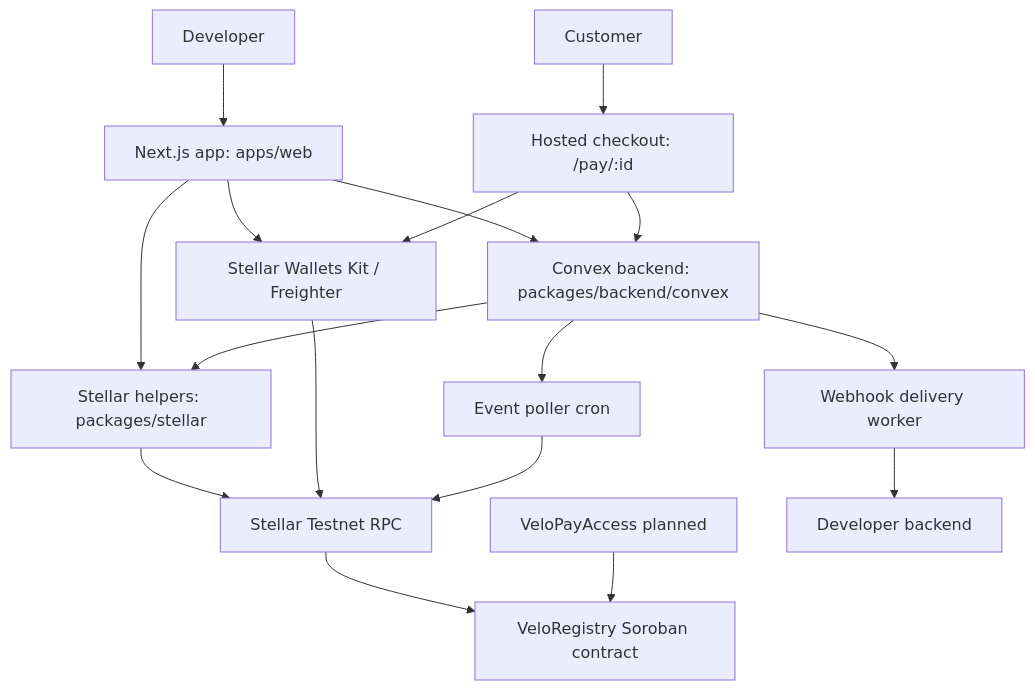
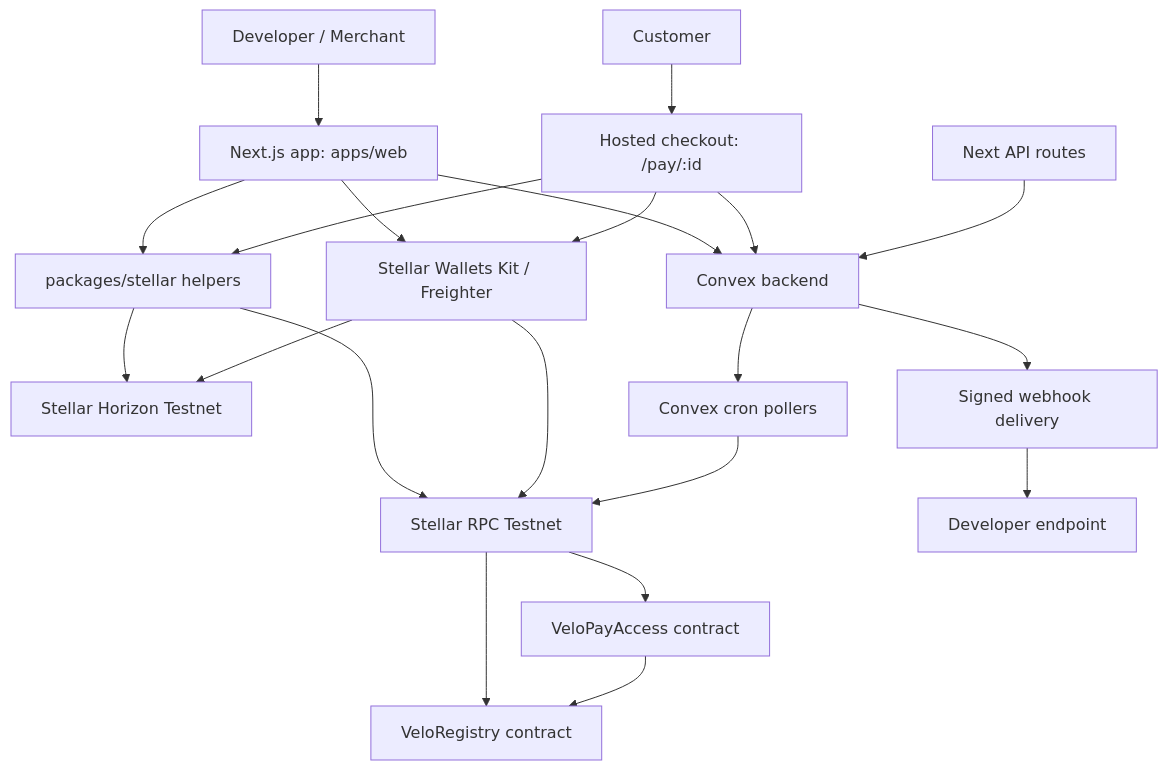
One commit to Carts1024/Velo changed the diagram in README.md. Above: the diagram before and after it, drawn with Mermaid. The commit also changed other lines of this file and 3 other files, not shown here.

Commit message:
📝 feat: implement production hardening for wallet authentication, API rate limiting, and webhook reliability while finalizing the Velo SDK roadmap.

````diff
--- a/README.md
+++ b/README.md
@@ -485,19 +95,23 @@
 ```mermaid
 flowchart TD
-  Developer[Developer] --> Web[Next.js app: apps/web]
+  Merchant[Developer / Merchant] --> Web[Next.js app: apps/web]
   Customer[Customer] --> Checkout[Hosted checkout: /pay/:id]
   Web --> Wallet[Stellar Wallets Kit / Freighter]
   Checkout --> Wallet
-  Web --> Convex[Convex backend: packages/backend/convex]
+  Web --> Convex[Convex backend]
   Checkout --> Convex
-  Web --> StellarPkg[Stellar helpers: packages/stellar]
-  Convex --> StellarPkg
-  StellarPkg --> RPC[Stellar Testnet RPC]
+  API[Next API routes] --> Convex
+  Web --> StellarPkg[packages/stellar helpers]
+  Checkout --> StellarPkg
+  StellarPkg --> Horizon[Stellar Horizon Testnet]
+  StellarPkg --> RPC[Stellar RPC Testnet]
+  Wallet --> Horizon
   Wallet --> RPC
-  RPC --> Registry[VeloRegistry Soroban contract]
-  PayAccess[VeloPayAccess planned] --> Registry
-  Convex --> Poller[Event poller cron]
-  Poller --> RPC
-  Convex --> Webhooks[Webhook delivery worker]
-  Webhooks --> AppBackend[Developer backend]
+  RPC --> Registry[VeloRegistry contract]
+  RPC --> PayAccess[VeloPayAccess contract]
+  PayAccess --> Registry
+  Convex --> Pollers[Convex cron pollers]
+  Pollers --> RPC
+  Convex --> Webhooks[Signed webhook delivery]
+  Webhooks --> MerchantEndpoint[Developer endpoint]
 ```
````
